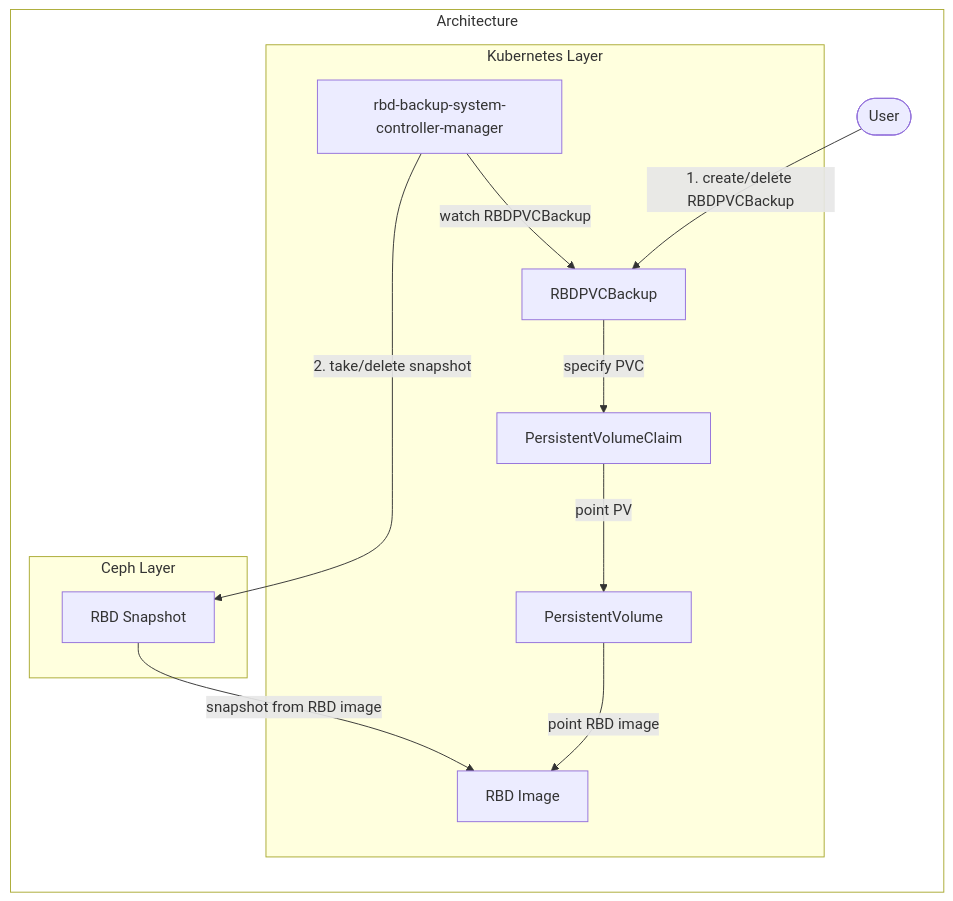
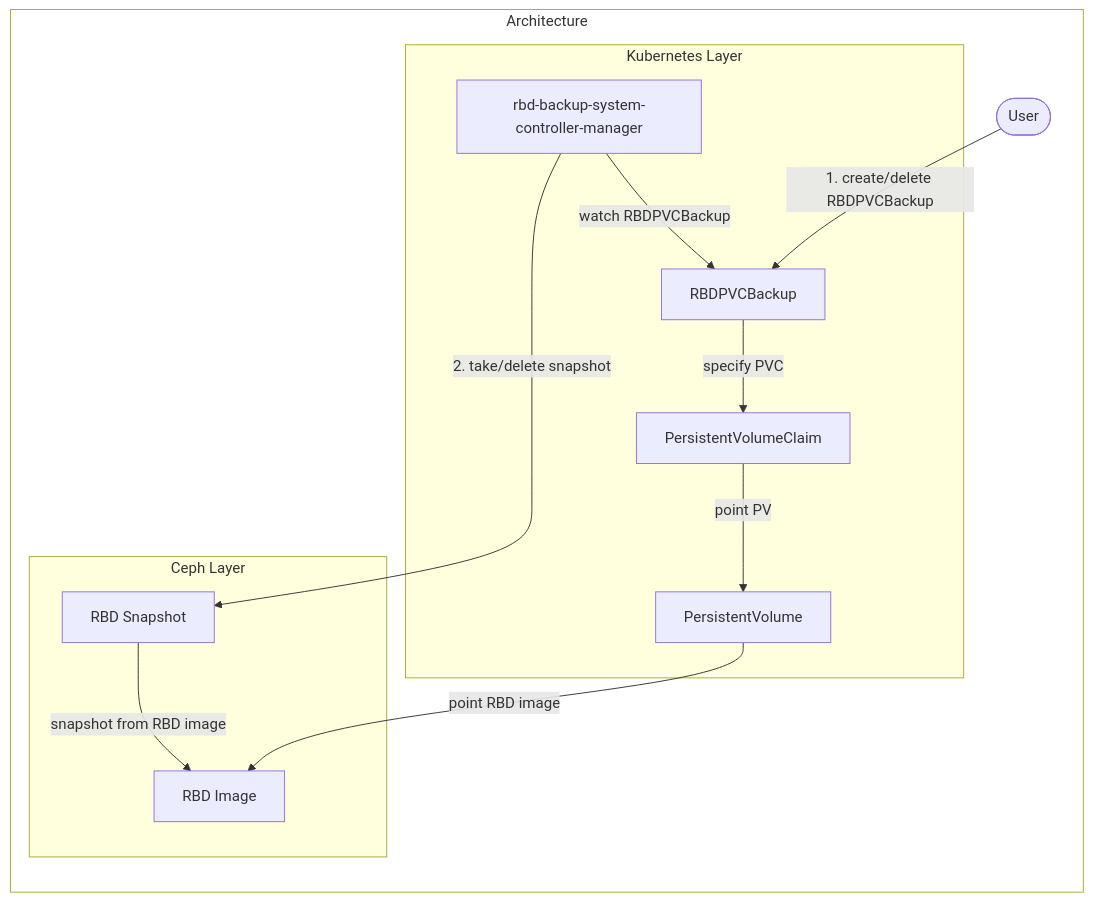
One commit to cybozu-go/mantle changed the diagram in docs/design.md. Above: the diagram before and after it, drawn with Mermaid. The commit also changed other lines of this file, not shown here.

````diff
--- a/docs/design.md
+++ b/docs/design.md
@@ -19,32 +19,32 @@
 ```mermaid
 %%{init:{'theme': 'default'}}%%
 
 flowchart LR
 
     style Architecture fill:#FFFFFF
     subgraph Architecture
 
       USER([User])
       RBSCM[rbd-backup-system-controller-manager]
       RPB[RBDPVCBackup]
       PVC[PersistentVolumeClaim]
       PV[PersistentVolume]
       RI[RBD Image]
       RS[RBD Snapshot]
 
       subgraph Kubernetes Layer
         RBSCM -- watch RBDPVCBackup --> RPB
         RPB -- specify PVC --> PVC
         PVC -- point PV --> PV
-        PV -- point RBD image --> RI
       end
 
       subgraph Ceph Layer
+        PV -- point RBD image --> RI
         RS -- snapshot from RBD image --> RI
       end
 
       USER -- 1. create/delete RBDPVCBackup --> RPB
       RBSCM -- 2. take/delete snapshot --> RS
 
     end
 ```
````
